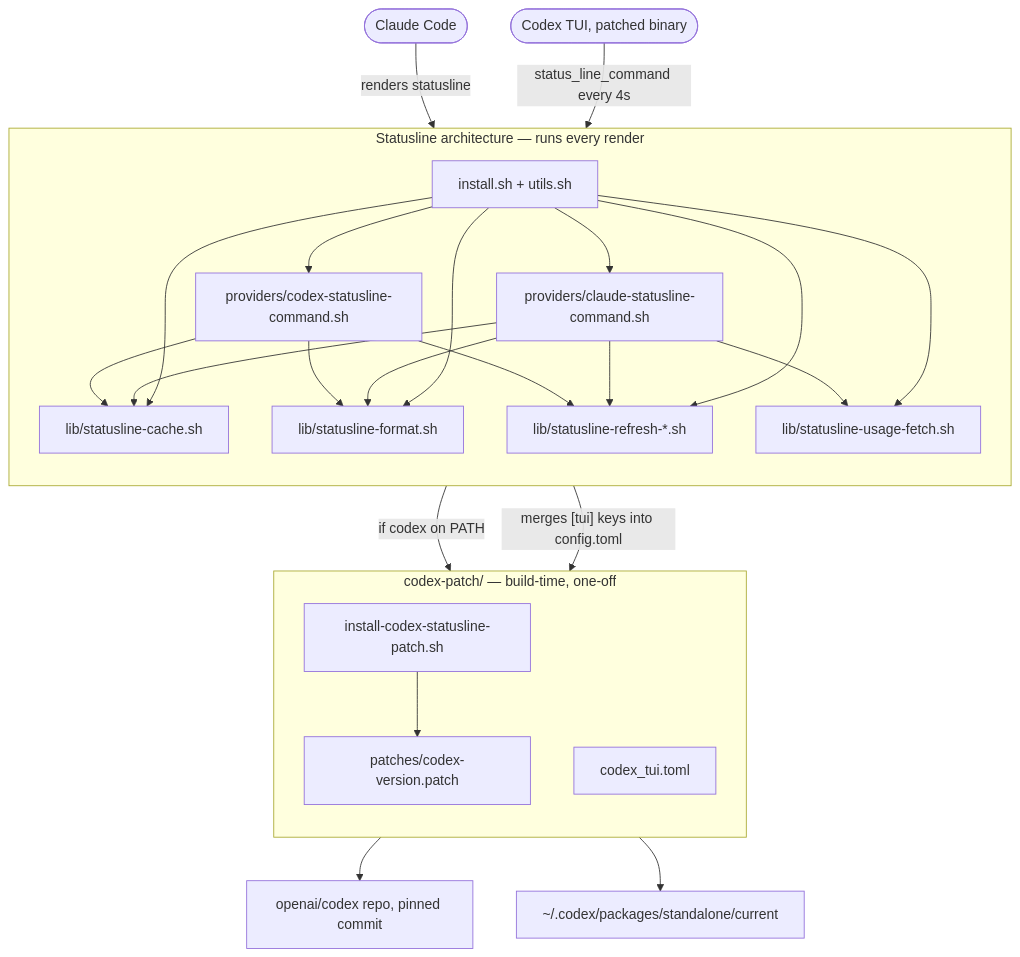
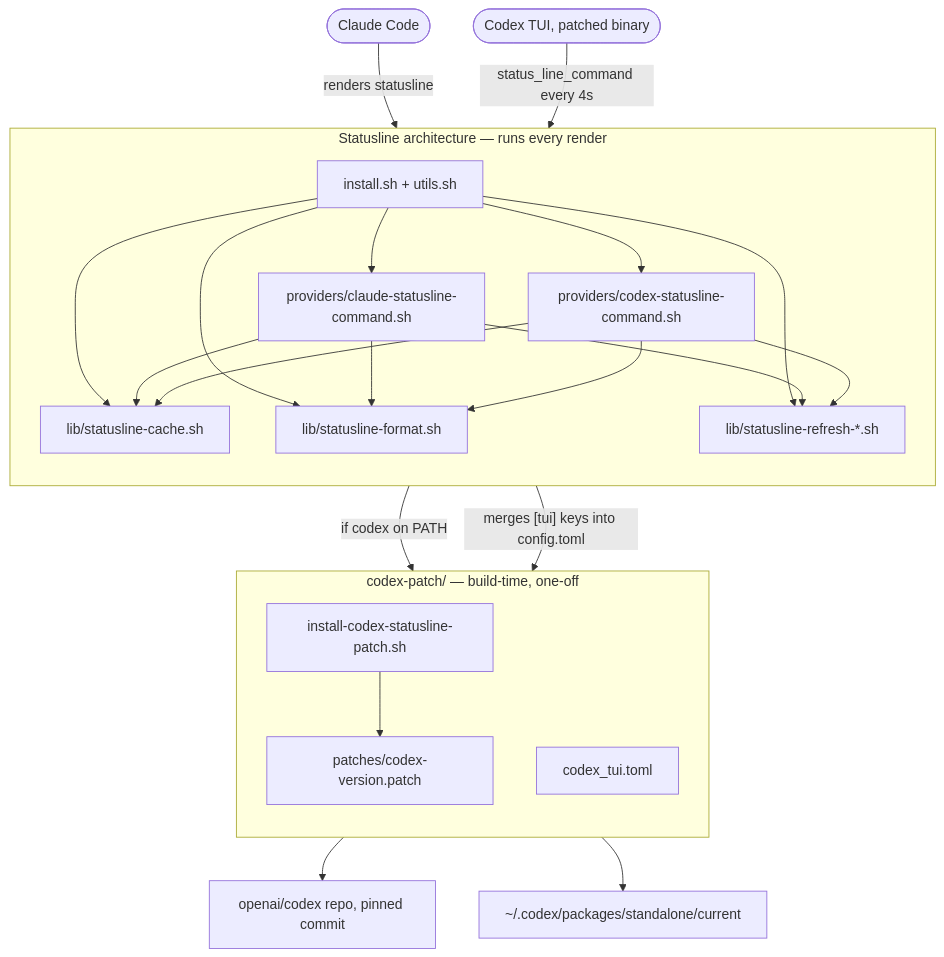
One commit to JeanLescutMuller/agent-statusline changed the diagram in README.md. Above: the diagram before and after it, drawn with Mermaid. The commit also changed other lines of this file and 10 other files, not shown here.

````diff
--- a/README.md
+++ b/README.md
@@ -35,49 +35,46 @@
 ```mermaid
 flowchart TB
     subgraph arch["Statusline architecture — runs every render"]
         direction TB
         installsh["install.sh + utils.sh"]
         libcache["lib/statusline-cache.sh"]
         libformat["lib/statusline-format.sh"]
         librefresh["lib/statusline-refresh-*.sh"]
-        libusage["lib/statusline-usage-fetch.sh"]
         provclaude["providers/claude-statusline-command.sh"]
         provcodex["providers/codex-statusline-command.sh"]
     end
 
     subgraph patch["codex-patch/ — build-time, one-off"]
         direction TB
         patchinstall["install-codex-statusline-patch.sh"]
         patchfiles["patches/codex-version.patch"]
         patchtoml["codex_tui.toml"]
     end
 
     upstream["openai/codex repo, pinned commit"]
     codexbin["~/.codex/packages/standalone/current"]
     claudecode(["Claude Code"])
     codextui(["Codex TUI, patched binary"])
 
     installsh --> libcache
     installsh --> libformat
     installsh --> librefresh
-    installsh --> libusage
     installsh --> provclaude
     installsh --> provcodex
     installsh -->|"if codex on PATH"| patchinstall
     installsh -->|"merges [tui] keys into config.toml"| patchtoml
 
     patchinstall --> patchfiles
     patchinstall --> upstream
     patchinstall --> codexbin
 
     provclaude --> libcache
     provclaude --> libformat
     provclaude --> librefresh
-    provclaude --> libusage
     provcodex --> libcache
     provcodex --> libformat
     provcodex --> librefresh
 
     claudecode -->|"renders statusline"| provclaude
     codextui -->|"status_line_command every 4s"| provcodex
 ```
````
